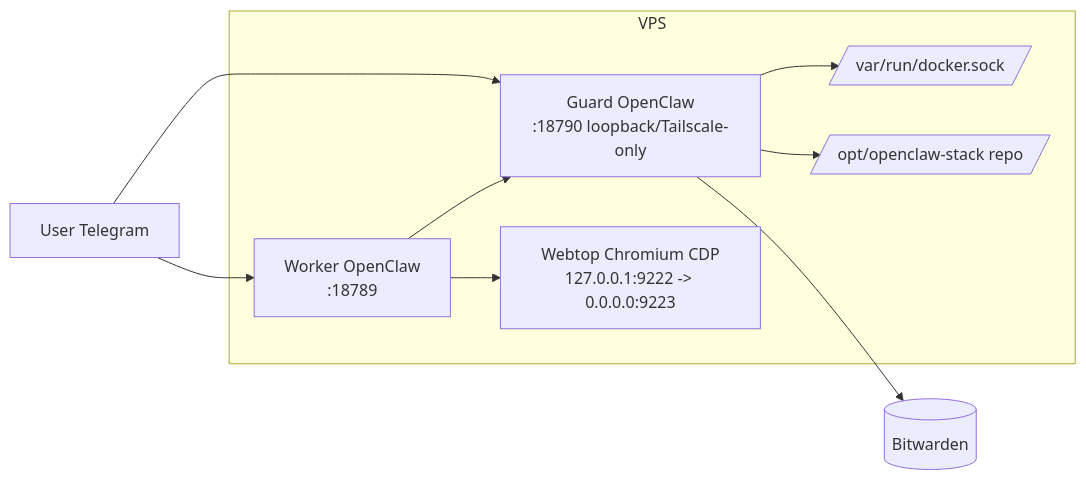
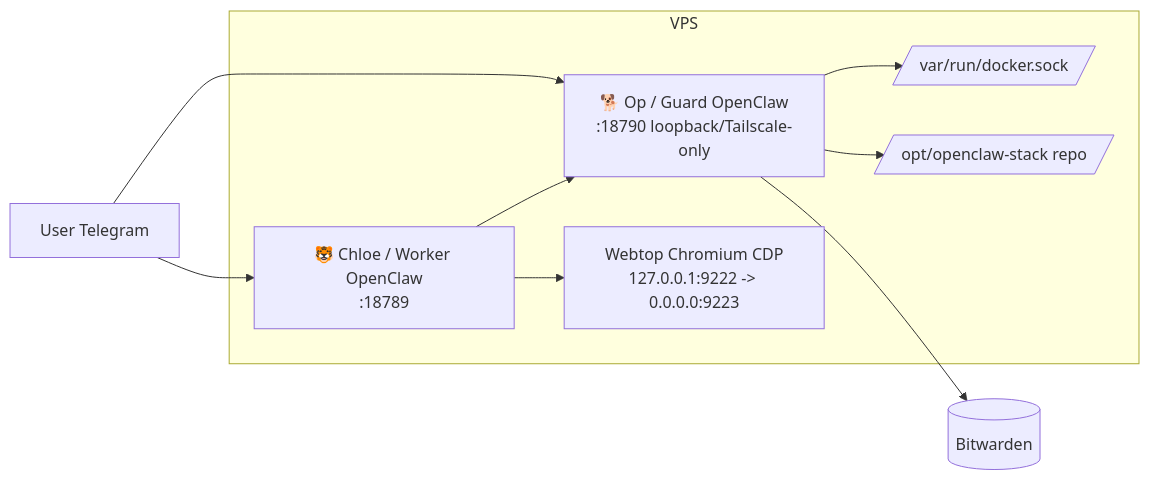
One commit to mere/openclaw-stack changed the first of 3 diagrams in ARCHITECTURE.md. Above: the diagram before and after it, drawn with Mermaid. The commit also changed other lines of this file and 6 other files, not shown here.

Commit message:
Consistency sweep: Op/Chloe naming, diagrams, ask-by-default policy

````diff
--- a/ARCHITECTURE.md
+++ b/ARCHITECTURE.md
@@ -43,20 +43,20 @@
 ```mermaid
 flowchart LR
-  U[User Telegram] --> W[Worker OpenClaw\n:18789]
-  U --> G[Guard OpenClaw\n:18790 loopback/Tailscale-only]
+  U[User Telegram] --> W[🐯 Chloe / Worker OpenClaw\n:18789]
+  U --> G[🐕 Op / Guard OpenClaw\n:18790 loopback/Tailscale-only]
 
   W --> B[Webtop Chromium CDP\n127.0.0.1:9222 -> 0.0.0.0:9223]
   W --> G
 
   G --> D[/var/run/docker.sock/]
   G --> R[/opt/openclaw-stack repo/]
   G --> S[(Bitwarden)]
 
   subgraph VPS
     W
     G
     B
     D
     R
   end
 ```
````
